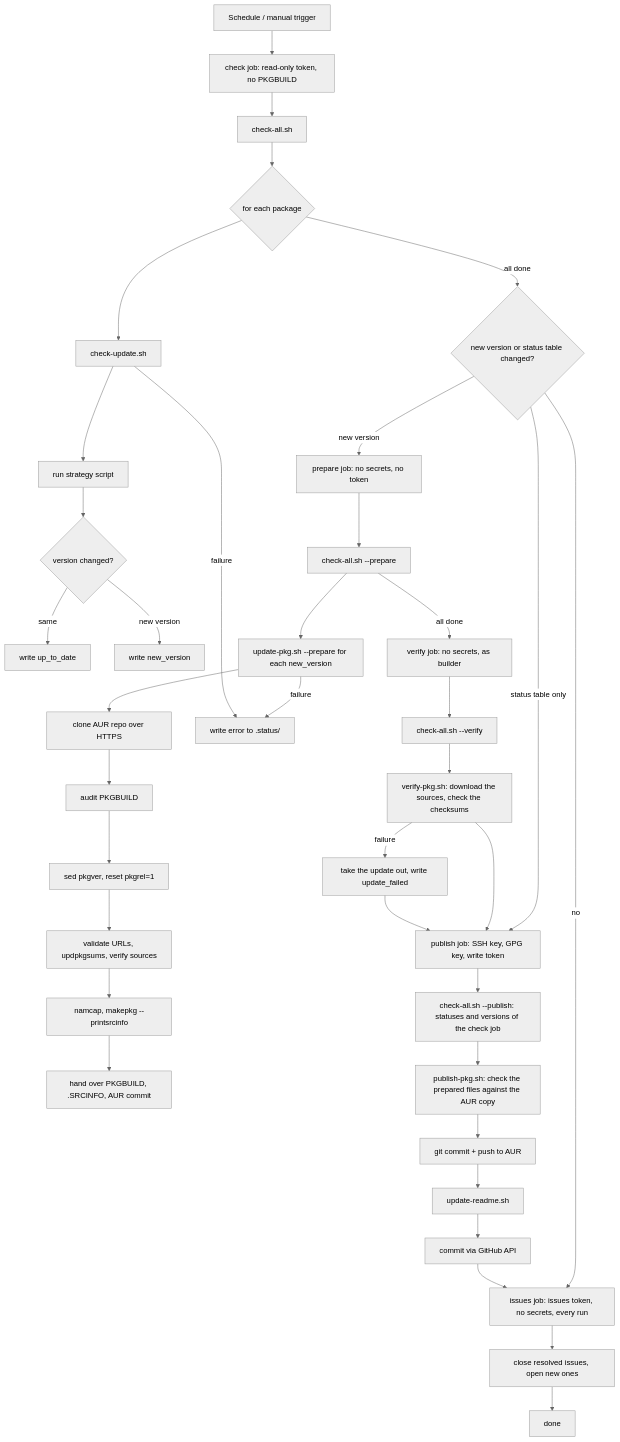
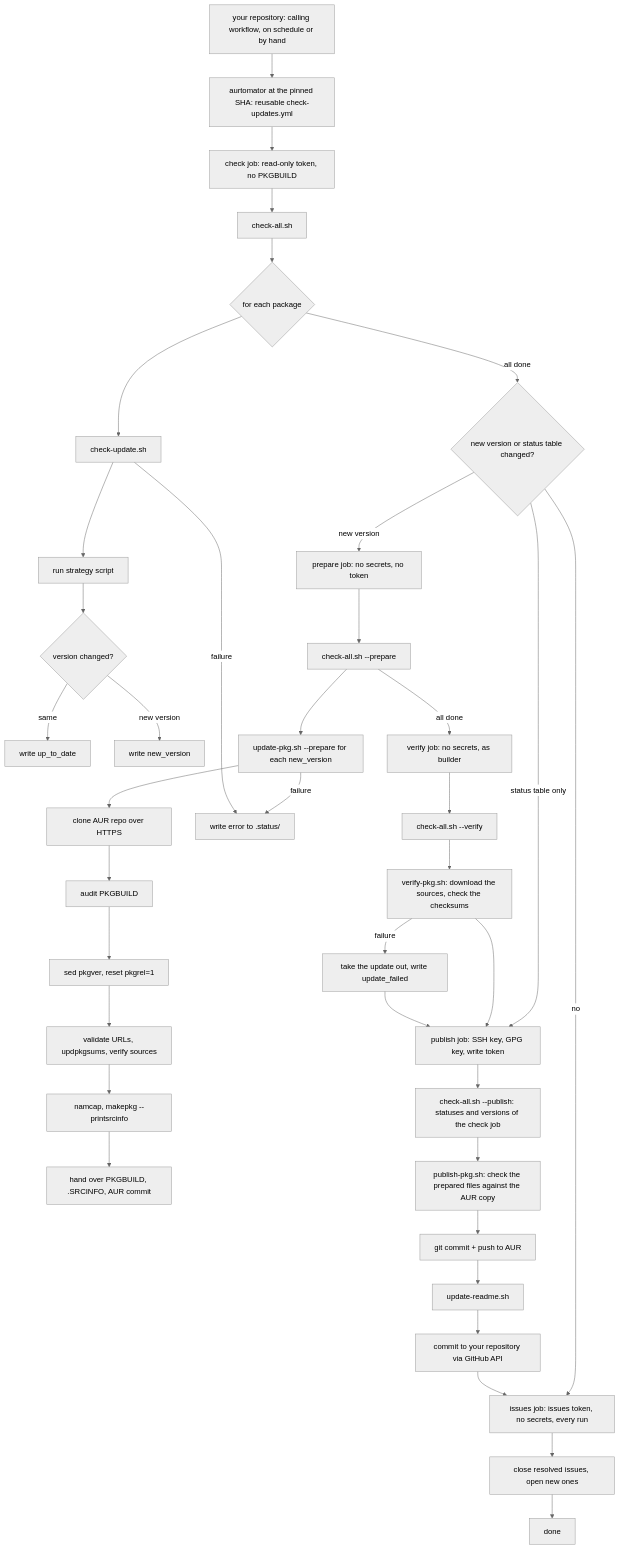
One commit to staticwire/aurtomator changed the diagram in docs/WORKFLOW.md. Above: the diagram before and after it, drawn with Mermaid (neutral theme). The commit also changed other lines of this file and 8 other files, not shown here.

First line of the commit message:
docs: describe the pinned reusable workflow (#175)

````diff
--- a/docs/WORKFLOW.md
+++ b/docs/WORKFLOW.md
@@ -20,39 +26,40 @@
 ```mermaid
 flowchart TD
-    A[Schedule / manual trigger] --> K[check job: read-only token, no PKGBUILD]
+    A[your repository: calling workflow, on schedule or by hand] --> A2[aurtomator at the pinned SHA: reusable check-updates.yml]
+    A2 --> K[check job: read-only token, no PKGBUILD]
     K --> B[check-all.sh]
     B --> C{for each package}
     C --> D[check-update.sh]
     D --> E[run strategy script]
     E --> F{version changed?}
     F -->|same| G[write up_to_date]
     F -->|new version| G2[write new_version]
     C -->|all done| W{new version or status table changed?}
     W -->|no| I
     W -->|new version| P[prepare job: no secrets, no token]
     W -->|status table only| Q
     P --> B2[check-all.sh --prepare]
     B2 --> H[update-pkg.sh --prepare for each new_version]
     H --> H1[clone AUR repo over HTTPS]
     H1 --> H2[audit PKGBUILD]
     H2 --> H3[sed pkgver, reset pkgrel=1]
     H3 --> H4[validate URLs, updpkgsums, verify sources]
     H4 --> H5[namcap, makepkg --printsrcinfo]
     H5 --> H6[hand over PKGBUILD, .SRCINFO, AUR commit]
     H -->|failure| J[write error to .status/]
     D -->|failure| J
     B2 -->|all done| V[verify job: no secrets, as builder]
     V --> V1[check-all.sh --verify]
     V1 --> V2[verify-pkg.sh: download the sources, check the checksums]
     V2 -->|failure| V3[take the update out, write update_failed]
     V2 --> Q[publish job: SSH key, GPG key, write token]
     V3 --> Q
     Q --> R[check-all.sh --publish: statuses and versions of the check job]
     R --> R2[publish-pkg.sh: check the prepared files against the AUR copy]
     R2 --> R3[git commit + push to AUR]
     R3 --> U[update-readme.sh]
-    U --> L[commit via GitHub API]
+    U --> L[commit to your repository via GitHub API]
     L --> I[issues job: issues token, no secrets, every run]
     I --> N[close resolved issues, open new ones]
     N --> O[done]
 ```
````
